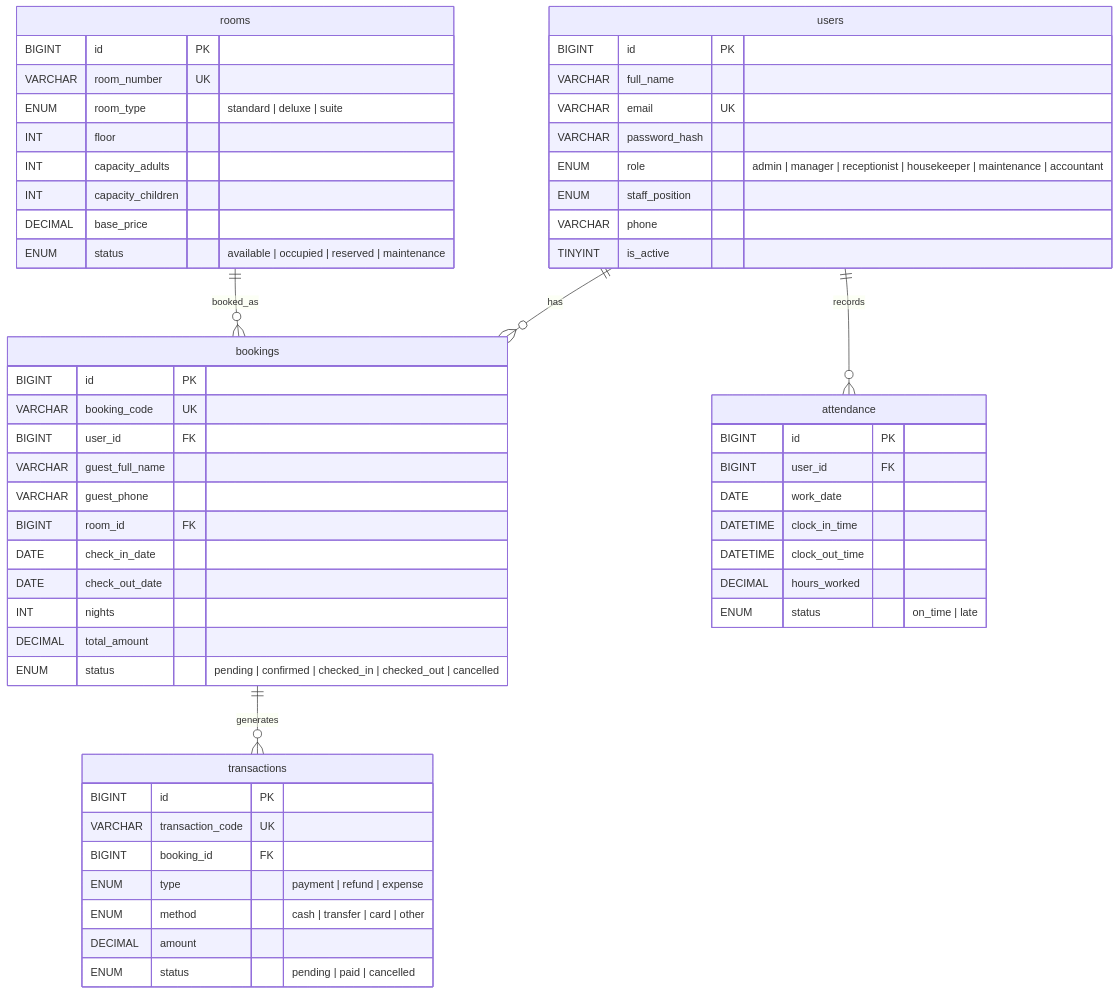
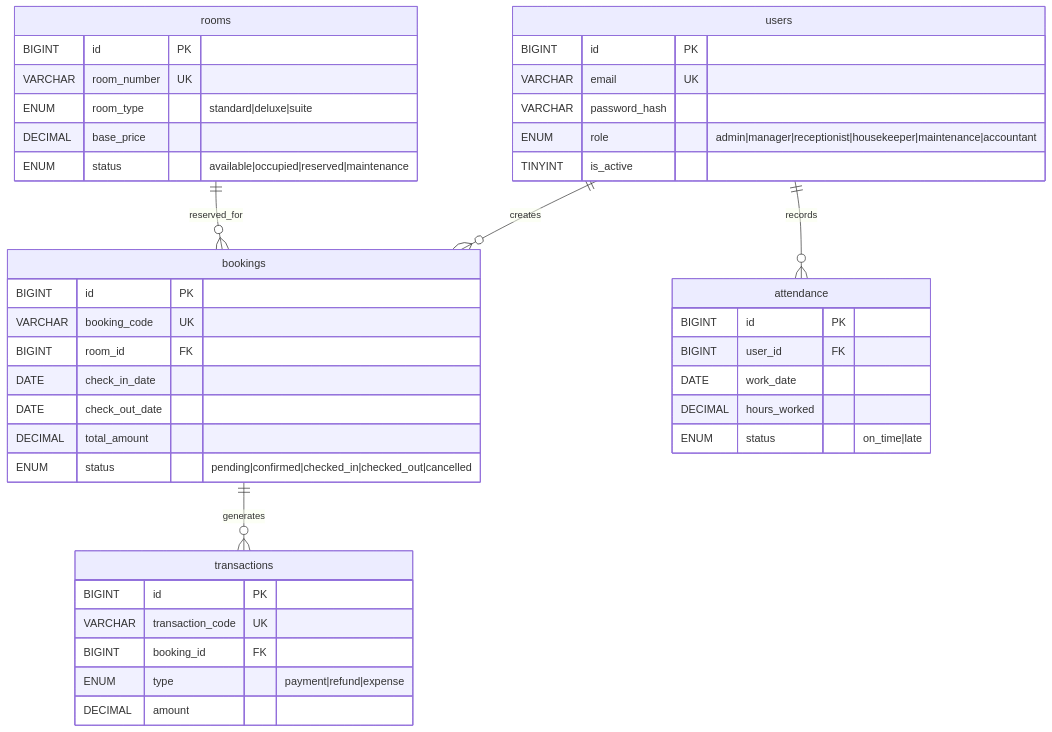
One commit to yom1nr/MyHotel changed the diagram in README.md. Above: the diagram before and after it, drawn with Mermaid. The commit also changed other lines of this file and 76 other files, not shown here.

````diff
--- a/README.md
+++ b/README.md
@@ -188,63 +184,49 @@
 ```mermaid
 erDiagram
-    users ||--o{ bookings : "has"
-    users ||--o{ attendance : "records"
-    rooms ||--o{ bookings : "booked_as"
-    bookings ||--o{ transactions : "generates"
+    users ||--o{ bookings : creates
+    users ||--o{ attendance : records
+    rooms ||--o{ bookings : reserved_for
+    bookings ||--o{ transactions : generates
 
     users {
         BIGINT id PK
-        VARCHAR full_name
         VARCHAR email UK
         VARCHAR password_hash
-        ENUM role "admin | manager | receptionist | housekeeper | maintenance | accountant"
-        ENUM staff_position
-        VARCHAR phone
+        ENUM role "admin|manager|receptionist|housekeeper|maintenance|accountant"
         TINYINT is_active
     }
 
     rooms {
         BIGINT id PK
         VARCHAR room_number UK
-        ENUM room_type "standard | deluxe | suite"
-        INT floor
-        INT capacity_adults
-        INT capacity_children
+        ENUM room_type "standard|deluxe|suite"
         DECIMAL base_price
-        ENUM status "available | occupied | reserved | maintenance"
+        ENUM status "available|occupied|reserved|maintenance"
     }
 
     bookings {
         BIGINT id PK
         VARCHAR booking_code UK
-        BIGINT user_id FK
-        VARCHAR guest_full_name
-        VARCHAR guest_phone
         BIGINT room_id FK
         DATE check_in_date
         DATE check_out_date
-        INT nights
         DECIMAL total_amount
-        ENUM status "pending | confirmed | checked_in | checked_out | cancelled"
+        ENUM status "pending|confirmed|checked_in|checked_out|cancelled"
     }
 
     transactions {
         BIGINT id PK
         VARCHAR transaction_code UK
         BIGINT booking_id FK
-        ENUM type "payment | refund | expense"
-        ENUM method "cash | transfer | card | other"
+        ENUM type "payment|refund|expense"
         DECIMAL amount
-        ENUM status "pending | paid | cancelled"
     }
 
     attendance {
         BIGINT id PK
         BIGINT user_id FK
         DATE work_date
-        DATETIME clock_in_time
-        DATETIME clock_out_time
         DECIMAL hours_worked
-        ENUM status "on_time | late"
+        ENUM status "on_time|late"
     }
 ```
````
